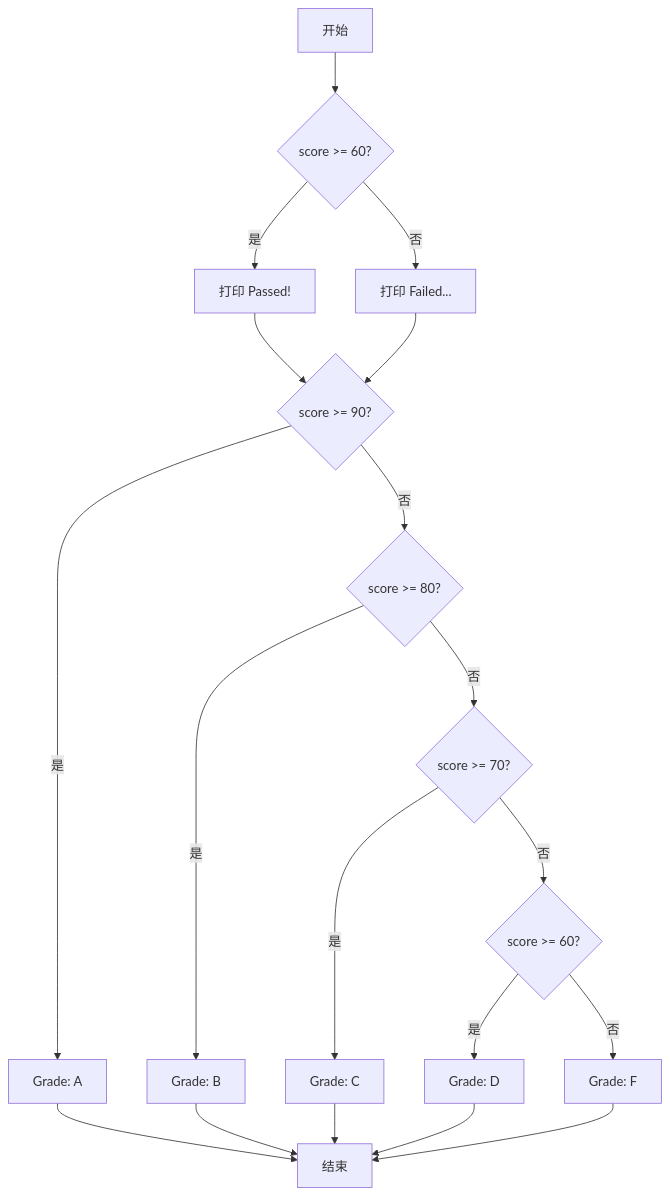
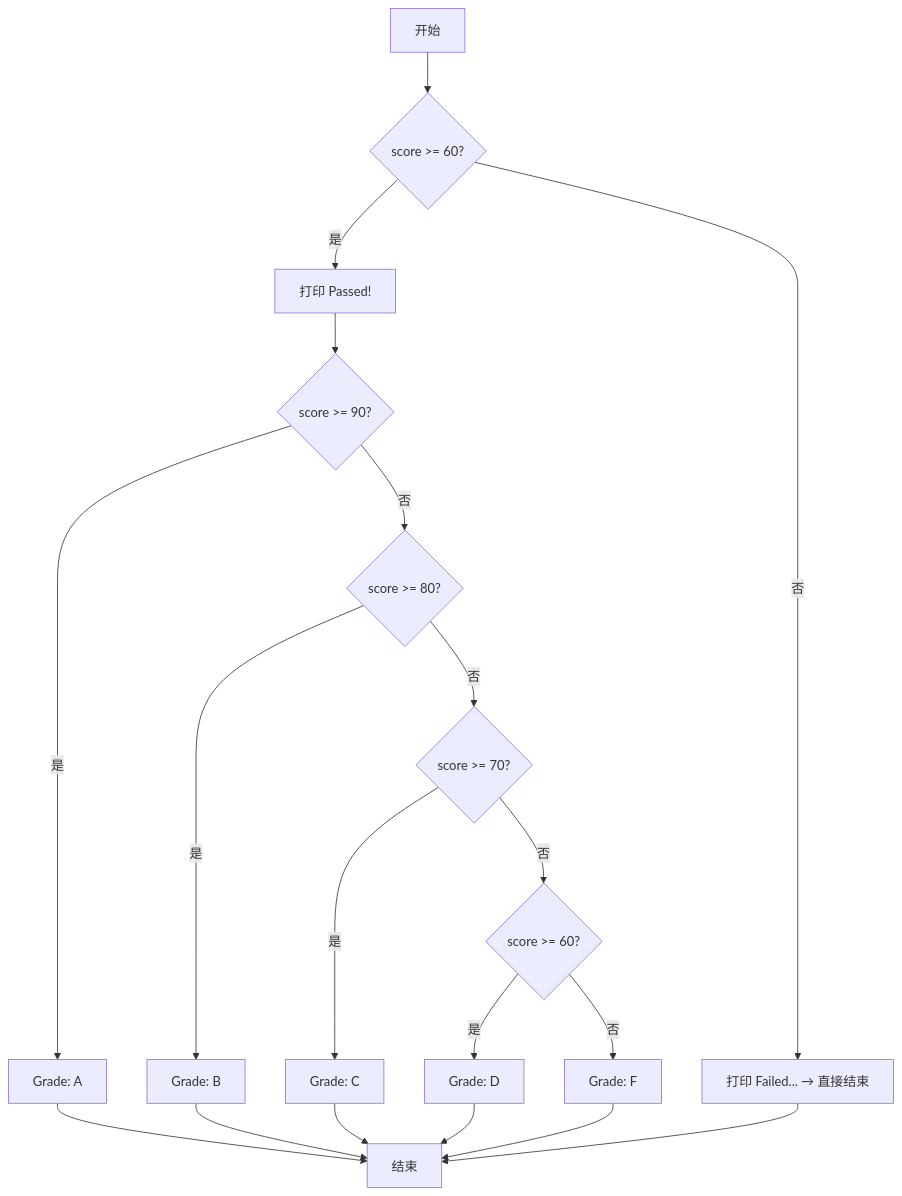
One commit to before80/prgms changed the first of 4 diagrams in content/Cpp/basic/Chapter-06-Flow-Control.md. Above: the diagram before and after it, drawn with Mermaid. The commit also changed other lines of this file and 41 other files, not shown here.

````diff
--- a/content/Cpp/basic/Chapter-06-Flow-Control.md
+++ b/content/Cpp/basic/Chapter-06-Flow-Control.md
@@ -118,21 +119,21 @@
 ```mermaid
 flowchart TD
     A[开始] --> B{score >= 60?}
     B -->|是| C[打印 Passed!]
-    B -->|否| D[打印 Failed...]
+    B -->|否| D[打印 Failed... → 直接结束]
     C --> E{score >= 90?}
-    D --> E
     E -->|是| F[Grade: A]
     E -->|否| G{score >= 80?}
     G -->|是| H[Grade: B]
     G -->|否| I{score >= 70?}
     I -->|是| J[Grade: C]
     I -->|否| K{score >= 60?}
     K -->|是| L[Grade: D]
     K -->|否| M[Grade: F]
     F --> N[结束]
     H --> N
     J --> N
     L --> N
     M --> N
+    D --> N
 ```
````
